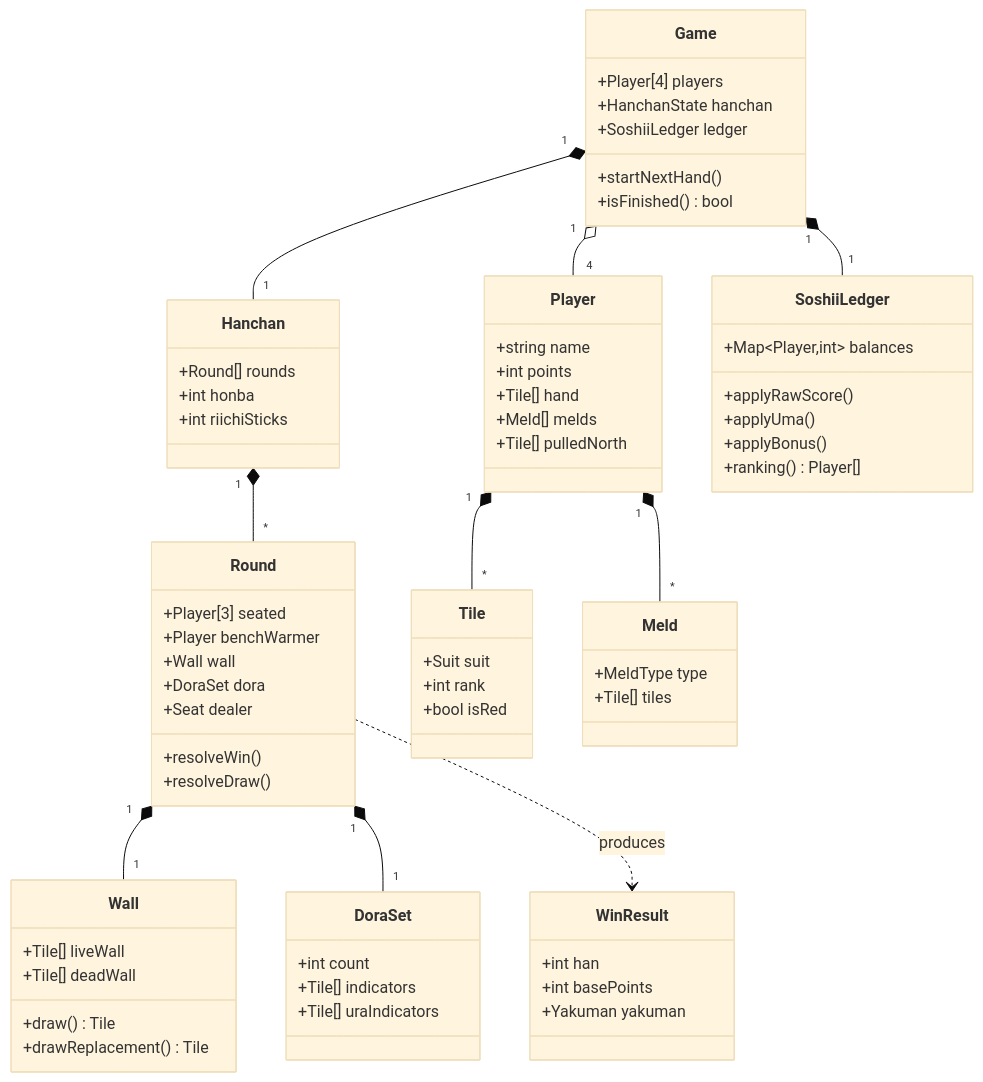
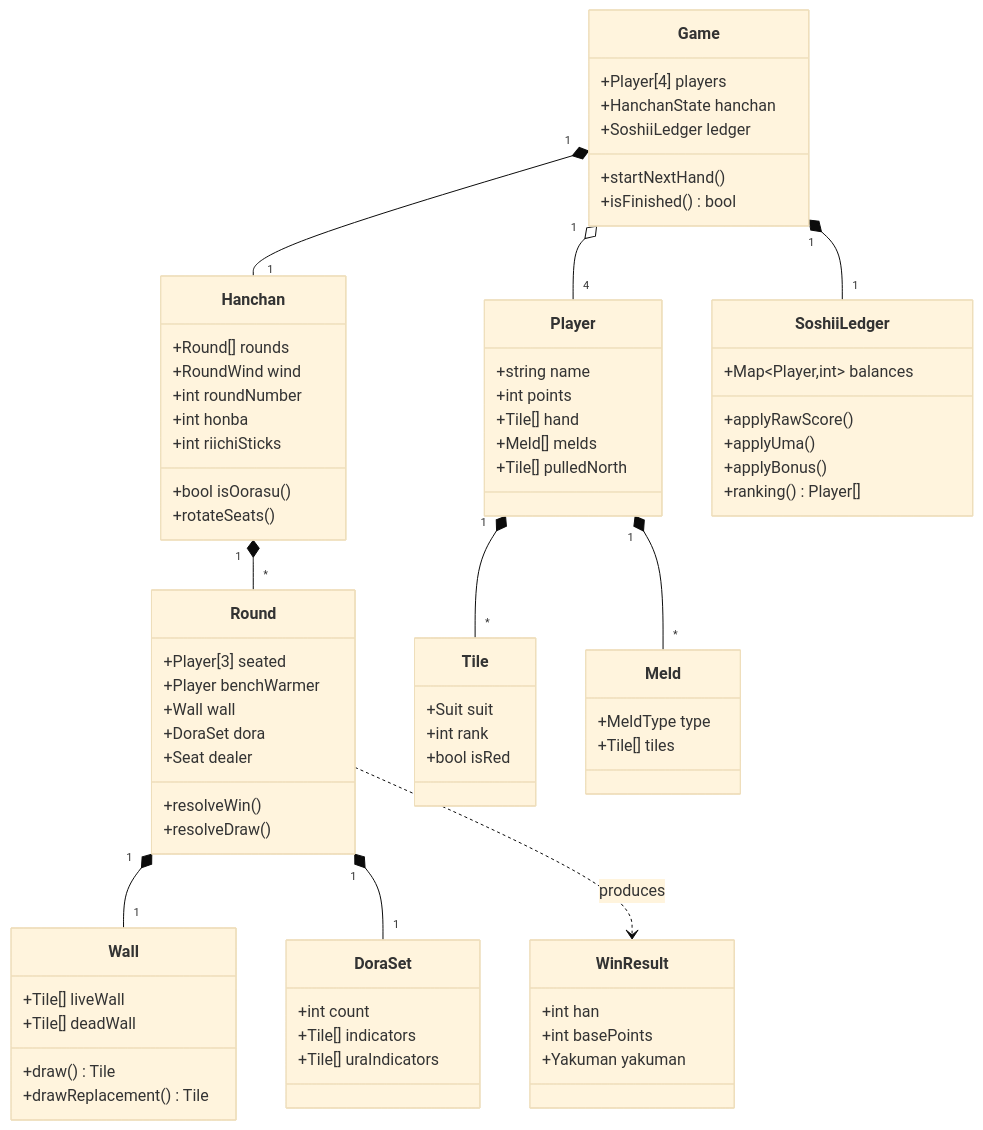
One commit to AutoDevJapan/FourBrosMahjong changed the diagram in documents/spec/domain-model.md. Above: the diagram before and after it, drawn with Mermaid (base theme). The commit also changed other lines of this file and 6 other files, not shown here.

````diff
--- a/documents/spec/domain-model.md
+++ b/documents/spec/domain-model.md
@@ -7,72 +7,76 @@
 ```mermaid
 classDiagram
     class Game {
         +Player[4] players
         +HanchanState hanchan
         +SoshiiLedger ledger
         +startNextHand()
         +isFinished() bool
     }
     class Hanchan {
         +Round[] rounds
+        +RoundWind wind
+        +int roundNumber
         +int honba
         +int riichiSticks
+        +bool isOorasu()
+        +rotateSeats()
     }
     class Round {
         +Player[3] seated
         +Player benchWarmer
         +Wall wall
         +DoraSet dora
         +Seat dealer
         +resolveWin()
         +resolveDraw()
     }
     class Player {
         +string name
         +int points
         +Tile[] hand
         +Meld[] melds
         +Tile[] pulledNorth
     }
     class Wall {
         +Tile[] liveWall
         +Tile[] deadWall
         +draw() Tile
         +drawReplacement() Tile
     }
     class Tile {
         +Suit suit
         +int rank
         +bool isRed
     }
     class DoraSet {
         +int count
         +Tile[] indicators
         +Tile[] uraIndicators
     }
     class Meld {
         +MeldType type
         +Tile[] tiles
     }
     class WinResult {
         +int han
         +int basePoints
         +Yakuman yakuman
     }
     class SoshiiLedger {
         +Map~Player,int~ balances
         +applyRawScore()
         +applyUma()
         +applyBonus()
         +ranking() Player[]
     }
     Game "1" o-- "4" Player
     Game "1" *-- "1" Hanchan
     Game "1" *-- "1" SoshiiLedger
     Hanchan "1" *-- "*" Round
     Round "1" *-- "1" Wall
     Round "1" *-- "1" DoraSet
     Player "1" *-- "*" Tile
     Player "1" *-- "*" Meld
     Round ..> WinResult : produces
 ```
````
